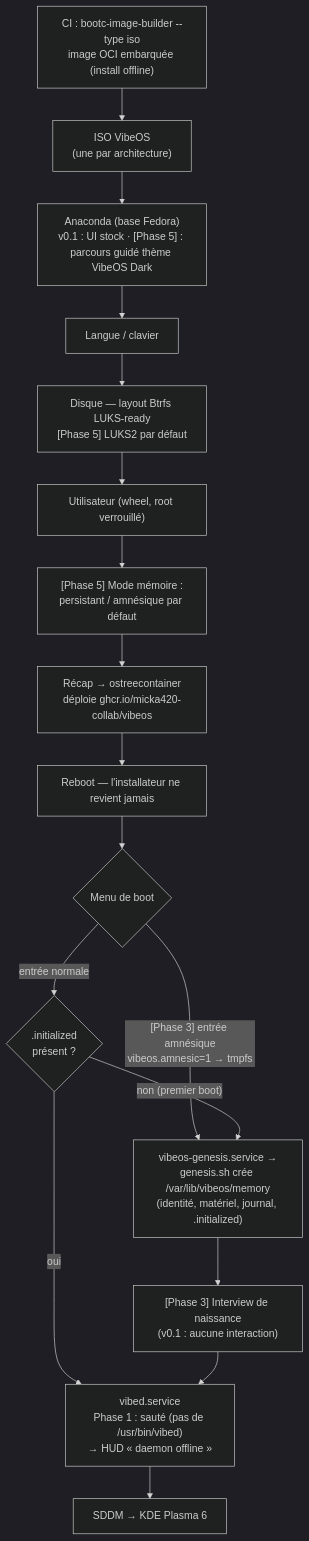
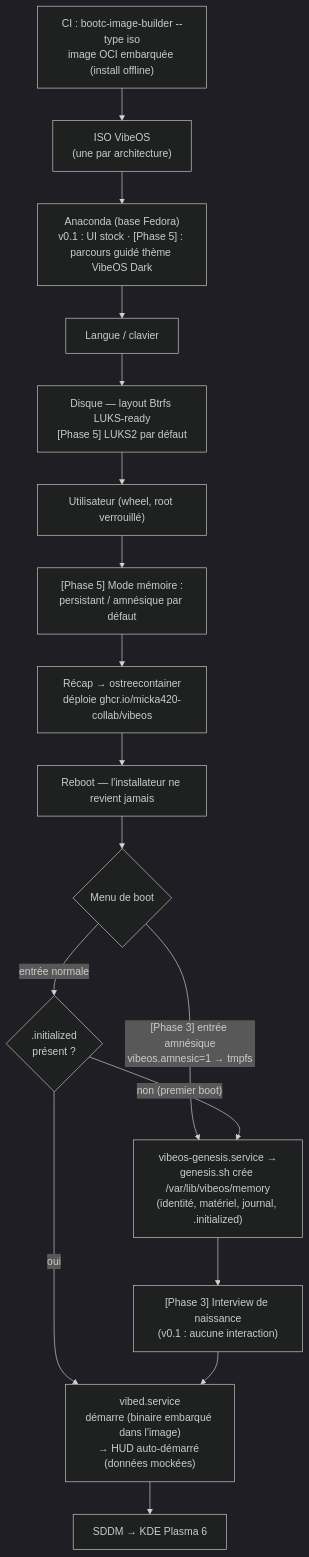
Before and after one commit to Micka420-collab/vibeos: the diagram in docs/INSTALLER.md, drawn with Mermaid (dark theme). The commit also changed other lines of this file and 25 other files, not shown here.

````diff
--- a/docs/INSTALLER.md
+++ b/docs/INSTALLER.md
@@ -180,20 +180,20 @@
 ```mermaid
 flowchart TD
     BIB["CI : bootc-image-builder --type iso<br/>image OCI embarquée (install offline)"] --> ISO["ISO VibeOS<br/>(une par architecture)"]
     ISO --> ANA["Anaconda (base Fedora)<br/>v0.1 : UI stock · [Phase 5] : parcours guidé thème VibeOS Dark"]
     ANA --> S1["Langue / clavier"]
     S1 --> S2["Disque — layout Btrfs LUKS-ready<br/>[Phase 5] LUKS2 par défaut"]
     S2 --> S3["Utilisateur (wheel, root verrouillé)"]
     S3 --> S4["[Phase 5] Mode mémoire :<br/>persistant / amnésique par défaut"]
     S4 --> S5["Récap → ostreecontainer<br/>déploie ghcr.io/micka420-collab/vibeos"]
     S5 --> RB["Reboot — l'installateur ne revient jamais"]
 
     RB --> BOOTMENU{"Menu de boot"}
     BOOTMENU -- "entrée normale" --> COND{".initialized<br/>présent ?"}
     BOOTMENU -- "[Phase 3] entrée amnésique<br/>vibeos.amnesic=1 → tmpfs" --> GEN
     COND -- "non (premier boot)" --> GEN["vibeos-genesis.service →<br/>genesis.sh crée /var/lib/vibeos/memory<br/>(identité, matériel, journal, .initialized)"]
     COND -- oui --> VIBED
     GEN --> ITV["[Phase 3] Interview de naissance<br/>(v0.1 : aucune interaction)"]
-    ITV --> VIBED["vibed.service<br/>Phase 1 : sauté (pas de /usr/bin/vibed)<br/>→ HUD « daemon offline »"]
+    ITV --> VIBED["vibed.service<br/>démarre (binaire embarqué dans l'image)<br/>→ HUD auto-démarré (données mockées)"]
     VIBED --> PLASMA["SDDM → KDE Plasma 6"]
 ```
````
